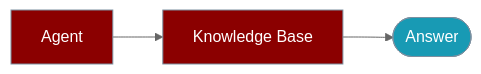
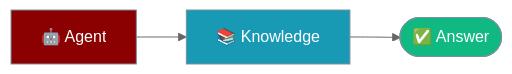
Before and after one commit to MervinPraison/PraisonAIDocs: the first of 3 diagrams in docs/js/knowledge-base.mdx, drawn with Mermaid (neutral theme). The commit also changed other lines of this file and 5 other files, not shown here.

````diff
--- a/docs/js/knowledge-base.mdx
+++ b/docs/js/knowledge-base.mdx
@@ -10,14 +10,13 @@
 ```mermaid
 graph LR
-    Agent[Agent] --> KB[Knowledge Base]
-    KB --> Answer([Answer])
+    Agent[🤖 Agent] --> KB[📚 Knowledge]
+    KB --> Answer([✅ Answer])
 
     classDef agent fill:#8B0000,stroke:#7C90A0,color:#fff
     classDef tool fill:#189AB4,stroke:#7C90A0,color:#fff
+    classDef out fill:#10B981,stroke:#7C90A0,color:#fff
 
-    class Agent,KB agent
-    class Answer tool
-    classDef agent fill:#8B0000,color:#fff
-    classDef tool fill:#189AB4,color:#fff
-
+    class Agent agent
+    class KB tool
+    class Answer out
 ```
````
